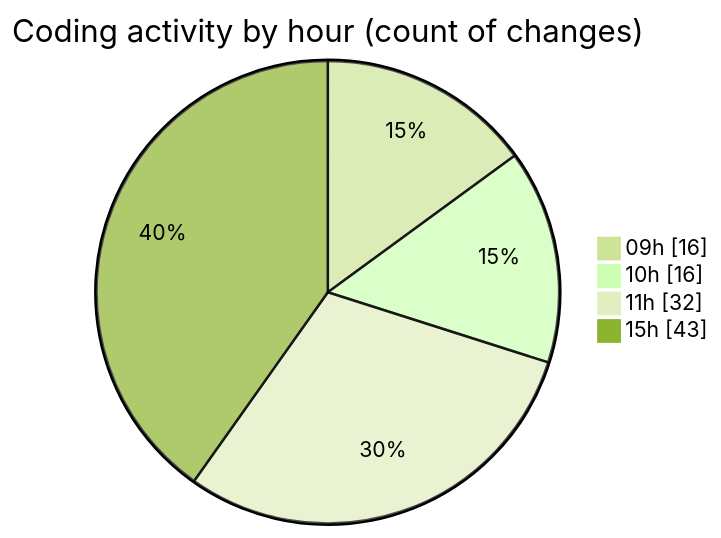
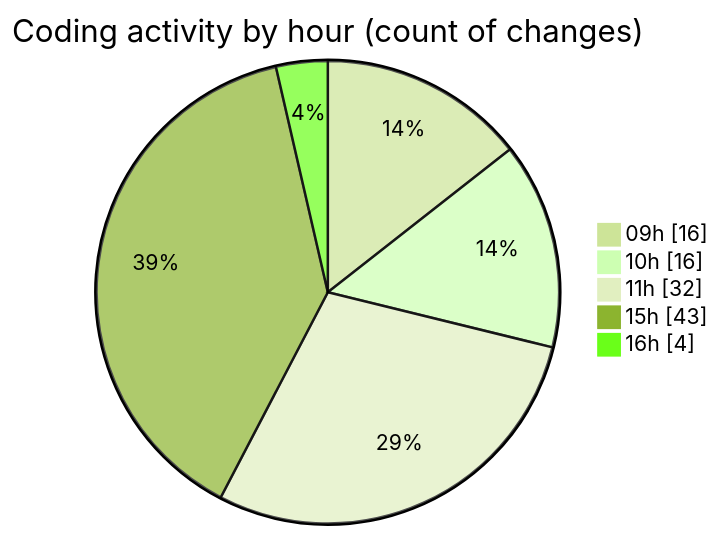
One commit to momahboobian/code-tracking changed the second of 2 diagrams in 2025-07-04/cda/README.md. Above: the diagram before and after it, drawn with Mermaid (forest theme). The commit also changed other lines of this file and 1 other file, not shown here.

````diff
--- a/2025-07-04/cda/README.md
+++ b/2025-07-04/cda/README.md
@@ -52,8 +53,9 @@
 ```mermaid
 pie showData
 title Coding activity by hour (count of changes)
 "09h" : 16
 "10h" : 16
 "11h" : 32
 "15h" : 43
+"16h" : 4
 ```
````
